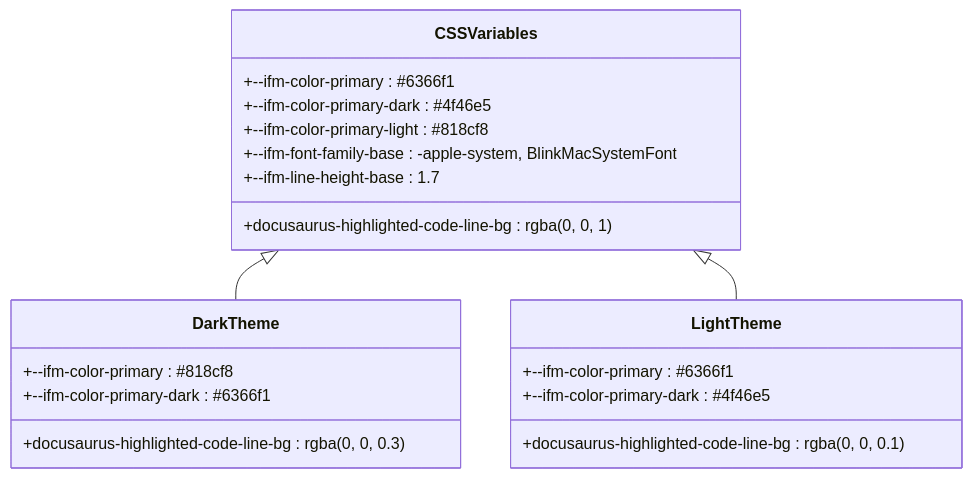
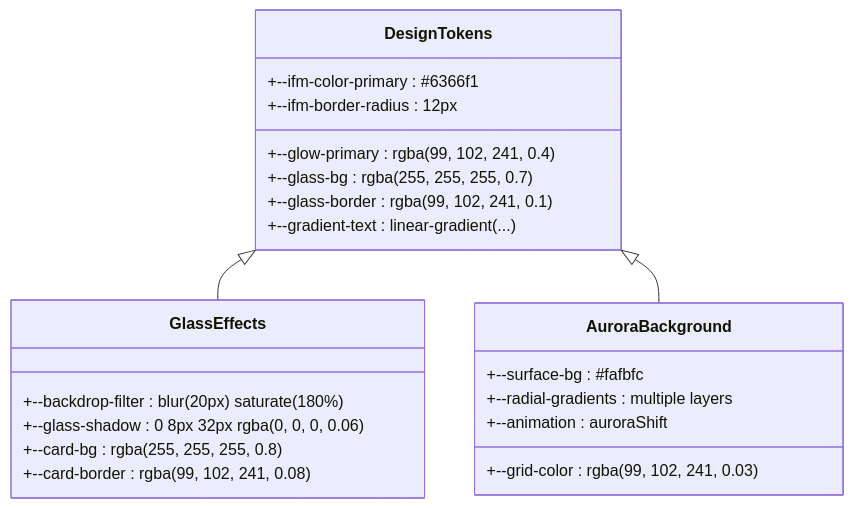
The second of 17 diagrams in .qoder/repowiki/zh/content/JavaScript 基础知识/CSS 基础知识.md (UnicornXU/knowledge-base), drawn with Mermaid before and after one commit. The commit also changed other lines of this file and 35 other files, not shown here.

````diff
--- a/.qoder/repowiki/zh/content/JavaScript 基础知识/CSS 基础知识.md
+++ b/.qoder/repowiki/zh/content/JavaScript 基础知识/CSS 基础知识.md
@@ -88,23 +102,25 @@
 ```mermaid
 classDiagram
-class CSSVariables {
+class DesignTokens {
 +--ifm-color-primary : #6366f1
-+--ifm-color-primary-dark : #4f46e5
-+--ifm-color-primary-light : #818cf8
-+--ifm-font-family-base : -apple-system, BlinkMacSystemFont
-+--ifm-line-height-base : 1.7
-+docusaurus-highlighted-code-line-bg : rgba(0, 0, 1)
++--glow-primary : rgba(99, 102, 241, 0.4)
++--glass-bg : rgba(255, 255, 255, 0.7)
++--glass-border : rgba(99, 102, 241, 0.1)
++--gradient-text : linear-gradient(...)
++--ifm-border-radius : 12px
 }
-class DarkTheme {
-+--ifm-color-primary : #818cf8
-+--ifm-color-primary-dark : #6366f1
-+docusaurus-highlighted-code-line-bg : rgba(0, 0, 0.3)
+class GlassEffects {
++--backdrop-filter : blur(20px) saturate(180%)
++--glass-shadow : 0 8px 32px rgba(0, 0, 0, 0.06)
++--card-bg : rgba(255, 255, 255, 0.8)
++--card-border : rgba(99, 102, 241, 0.08)
 }
-class LightTheme {
-+--ifm-color-primary : #6366f1
-+--ifm-color-primary-dark : #4f46e5
-+docusaurus-highlighted-code-line-bg : rgba(0, 0, 0.1)
+class AuroraBackground {
++--grid-color : rgba(99, 102, 241, 0.03)
++--surface-bg : #fafbfc
++--radial-gradients : multiple layers
++--animation : auroraShift
 }
-CSSVariables <|-- DarkTheme
-CSSVariables <|-- LightTheme
+DesignTokens <|-- GlassEffects
+DesignTokens <|-- AuroraBackground
 ```
````
